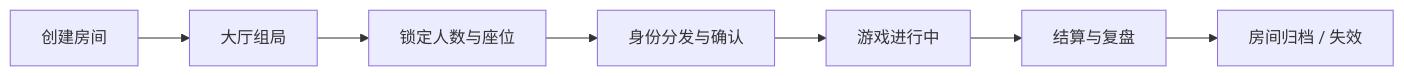
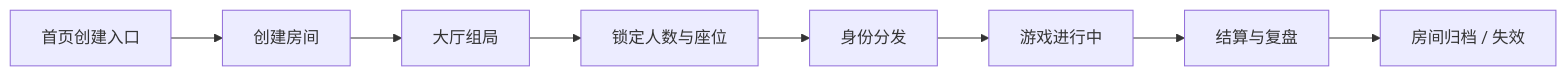
Before and after one commit to Superlumiliam/secret_hitler_wechat: the diagram in docs/secret_hitler_prd.md, drawn with Mermaid. The commit also changed other lines of this file and 15 other files, not shown here.

````diff
--- a/docs/secret_hitler_prd.md
+++ b/docs/secret_hitler_prd.md
@@ -326,9 +328,10 @@
 ```mermaid
 flowchart LR
-  A["创建房间"] --> B["大厅组局"]
-  B --> C["锁定人数与座位"]
-  C --> D["身份分发与确认"]
-  D --> E["游戏进行中"]
-  E --> F["结算与复盘"]
-  F --> G["房间归档 / 失效"]
+  A["首页创建入口"] --> B["创建房间"]
+  B --> C["大厅组局"]
+  C --> D["锁定人数与座位"]
+  D --> E["身份分发"]
+  E --> F["游戏进行中"]
+  F --> G["结算与复盘"]
+  G --> H["房间归档 / 失效"]
 ```
````
